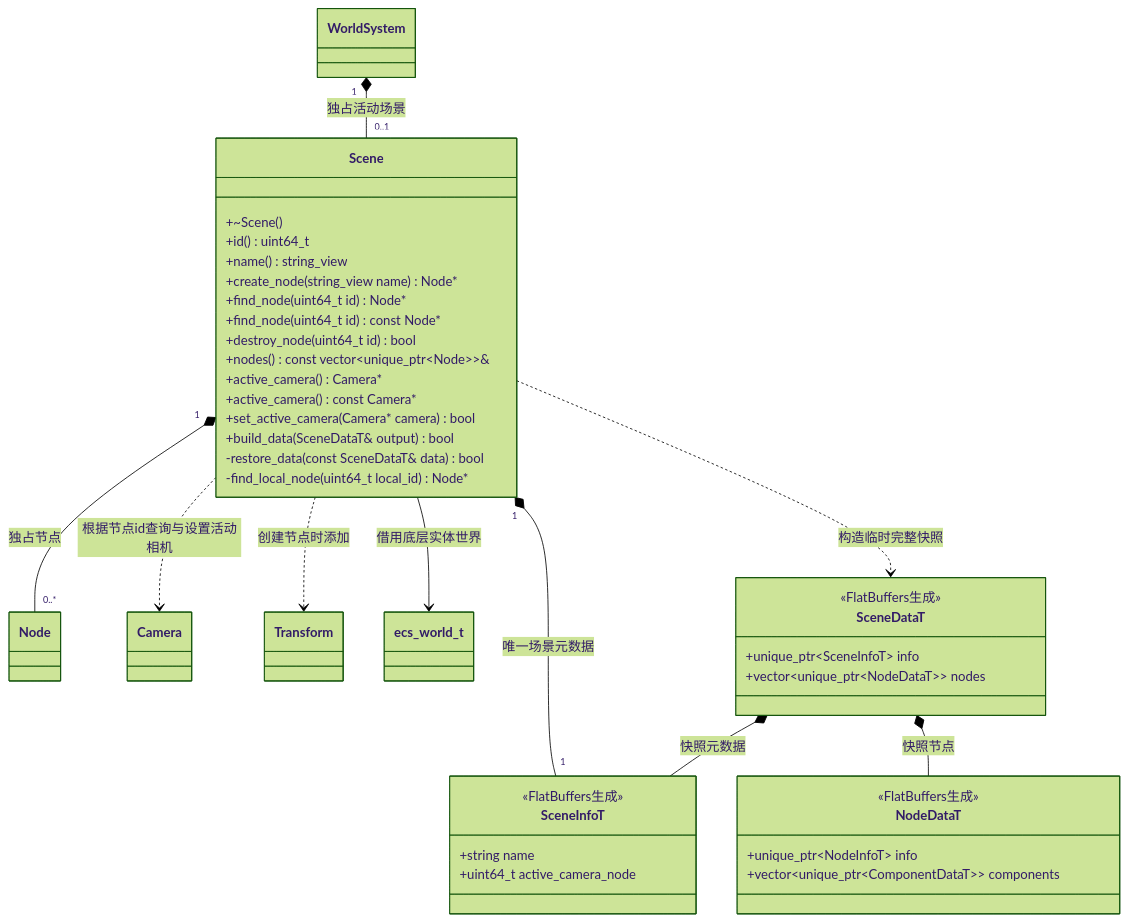
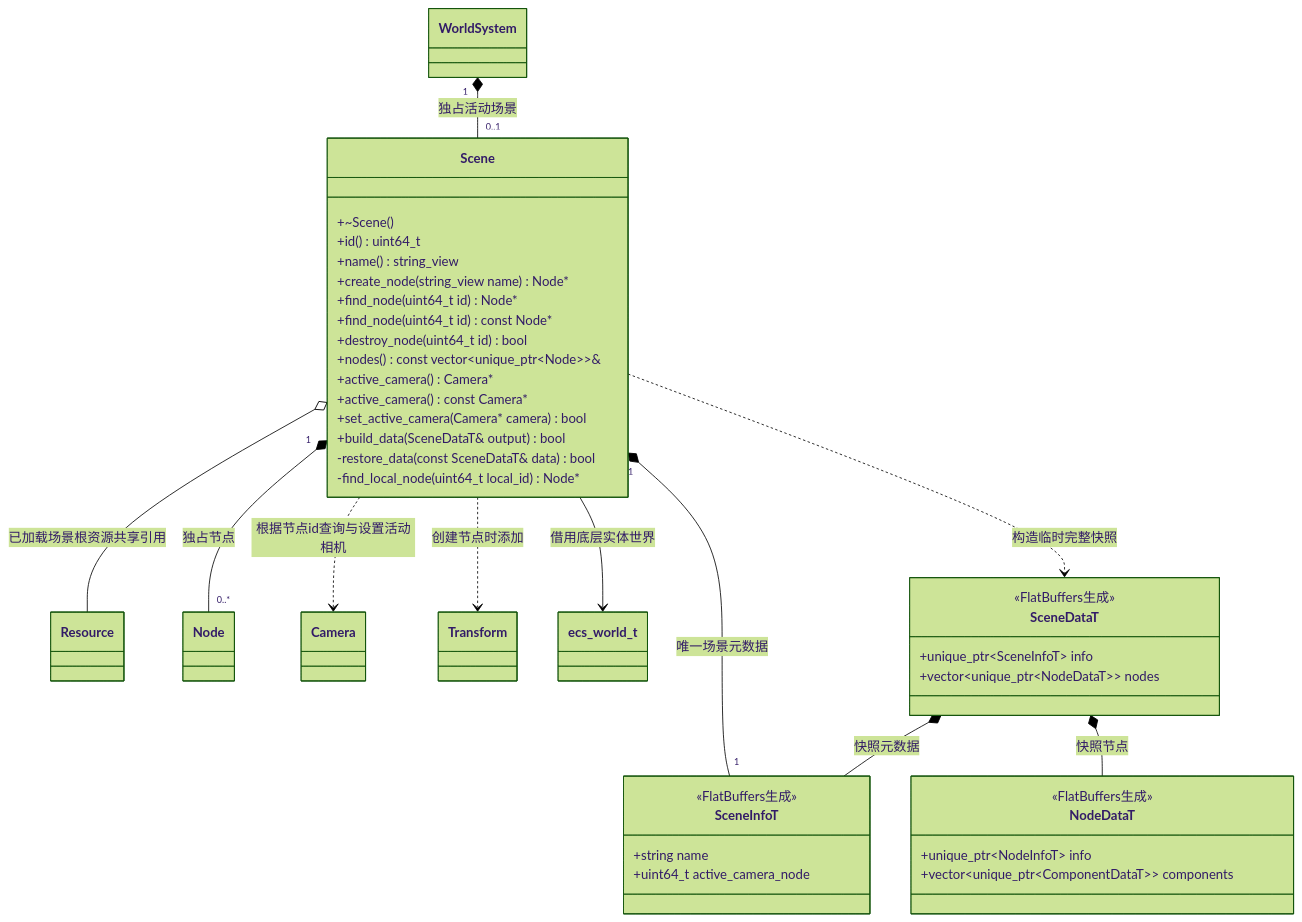
One commit to lcals/Engine changed the diagram in docs/runtime/class-diagrams/scene.md. Above: the diagram before and after it, drawn with Mermaid (forest theme). The commit also changed other lines of this file and 96 other files, not shown here.

````diff
--- a/docs/runtime/class-diagrams/scene.md
+++ b/docs/runtime/class-diagrams/scene.md
@@ -7,48 +7,50 @@
 ```mermaid
 classDiagram
     class Scene {
         +~Scene()
         +id() uint64_t
         +name() string_view
         +create_node(string_view name) Node#42;
         +find_node(uint64_t id) Node#42;
         +find_node(uint64_t id) const Node#42;
         +destroy_node(uint64_t id) bool
         +nodes() const vector~unique_ptr~Node~~&
         +active_camera() Camera#42;
         +active_camera() const Camera#42;
         +set_active_camera(Camera#42; camera) bool
         +build_data(SceneDataT& output) bool
         -restore_data(const SceneDataT& data) bool
         -find_local_node(uint64_t local_id) Node#42;
     }
+    class Resource
     class WorldSystem
     class Node
     class Camera
     class Transform
     class ecs_world_t
     class SceneInfoT {
         <<FlatBuffers生成>>
         +string name
         +uint64_t active_camera_node
     }
     class SceneDataT {
         <<FlatBuffers生成>>
         +unique_ptr~SceneInfoT~ info
         +vector~unique_ptr~NodeDataT~~ nodes
     }
     class NodeDataT {
         <<FlatBuffers生成>>
         +unique_ptr~NodeInfoT~ info
         +vector~unique_ptr~ComponentDataT~~ components
     }
     WorldSystem "1" *-- "0..1" Scene : 独占活动场景
     Scene "1" *-- "0..*" Node : 独占节点
+    Scene o-- Resource : 已加载场景根资源共享引用
     Scene "1" *-- "1" SceneInfoT : 唯一场景元数据
     Scene --> ecs_world_t : 借用底层实体世界
     Scene ..> Camera : 根据节点id查询与设置活动相机
     Scene ..> Transform : 创建节点时添加
     Scene ..> SceneDataT : 构造临时完整快照
     SceneDataT *-- SceneInfoT : 快照元数据
     SceneDataT *-- NodeDataT : 快照节点
 ```
````
